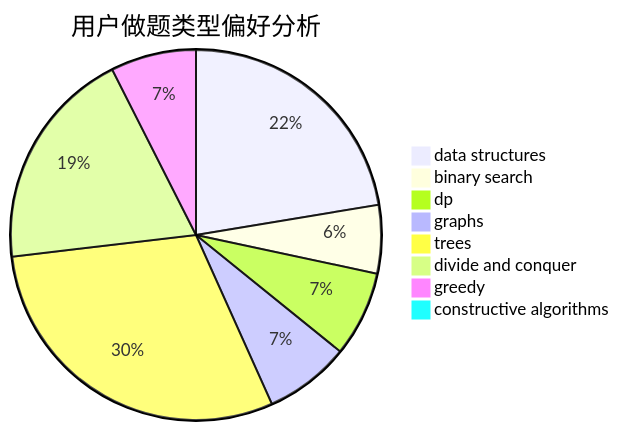
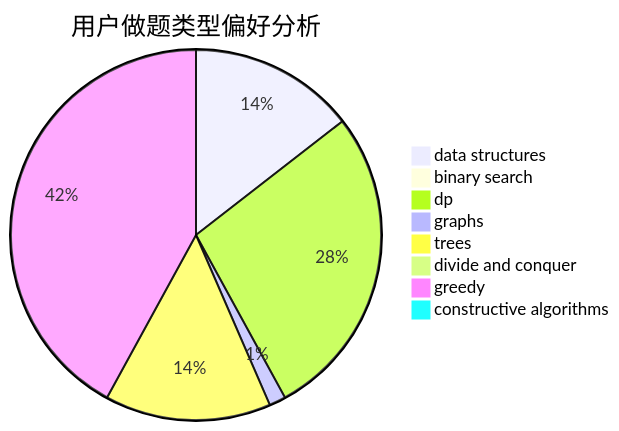
Before and after one commit to sherpahu/cfrs.github.io: the second of 3 diagrams in docs/user/u658.md, drawn with Mermaid. The commit also changed other lines of this file and 2770 other files, not shown here.

````diff
--- a/docs/user/u658.md
+++ b/docs/user/u658.md
@@ -23,11 +23,11 @@
 ```mermaid
 pie title 用户做题类型偏好分析
-    "data structures" :  15
-    "binary search" :  4
-    "dp" :  5
-    "graphs" :  5
-    "trees" :  20
-    "divide and conquer" :  13
-    "greedy" :  5
+    "data structures" :  10
+    "binary search" :  0
+    "dp" :  19
+    "graphs" :  1
+    "trees" :  10
+    "divide and conquer" :  0
+    "greedy" :  29
     "constructive algorithms" :  0
 ```
````
